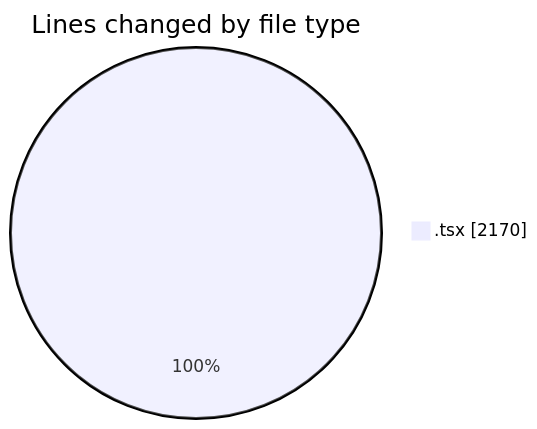
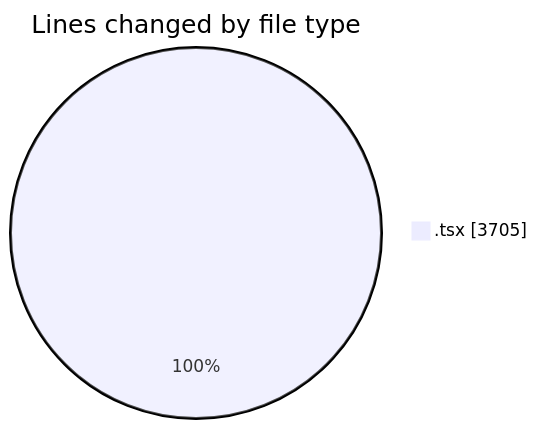
Before and after one commit to nxtqubesakshisongat/code-tracking: the first of 2 diagrams in 2026-05-28/nxtqube_webapp/README.md, drawn with Mermaid. The commit also changed other lines of this file and 1 other file, not shown here.

````diff
--- a/2026-05-28/nxtqube_webapp/README.md
+++ b/2026-05-28/nxtqube_webapp/README.md
@@ -22,5 +23,5 @@
 ```mermaid
 pie showData
 title Lines changed by file type
-".tsx" : 2170
+".tsx" : 3705
 ```
````
